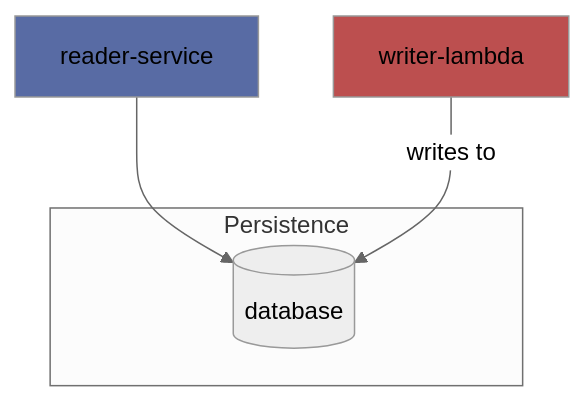
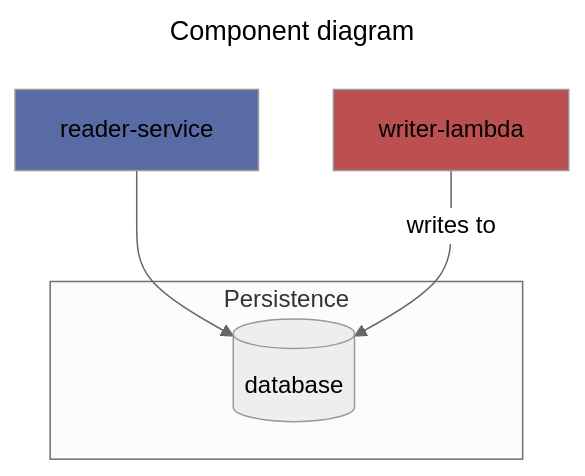
Before and after one commit to mcanlas/temporal-diagrams: the first of 2 diagrams in README.md, drawn with Mermaid (neutral theme). The commit also changed other lines of this file and 1 other file, not shown here.

Commit message:
with title

````diff
--- a/README.md
+++ b/README.md
@@ -8,20 +8,23 @@
 ```mermaid
+---
+title: Component diagram
+---
 flowchart
   reader-service:::Service
 
   writer-lambda:::Lambda
 
   classDef Lambda fill:#bc4f4f
 
   classDef Service fill:#586ba4
 
   subgraph persistence [Persistence]
     database[(database)]:::Database
 
     classDef Service fill:#586ba4
   end
 
   reader-service --> database
 
   writer-lambda -- writes to --> database
 ```
````
